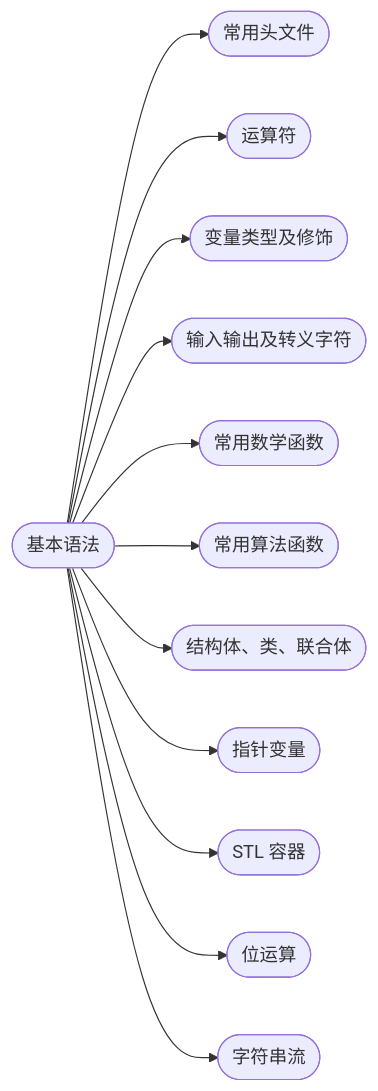
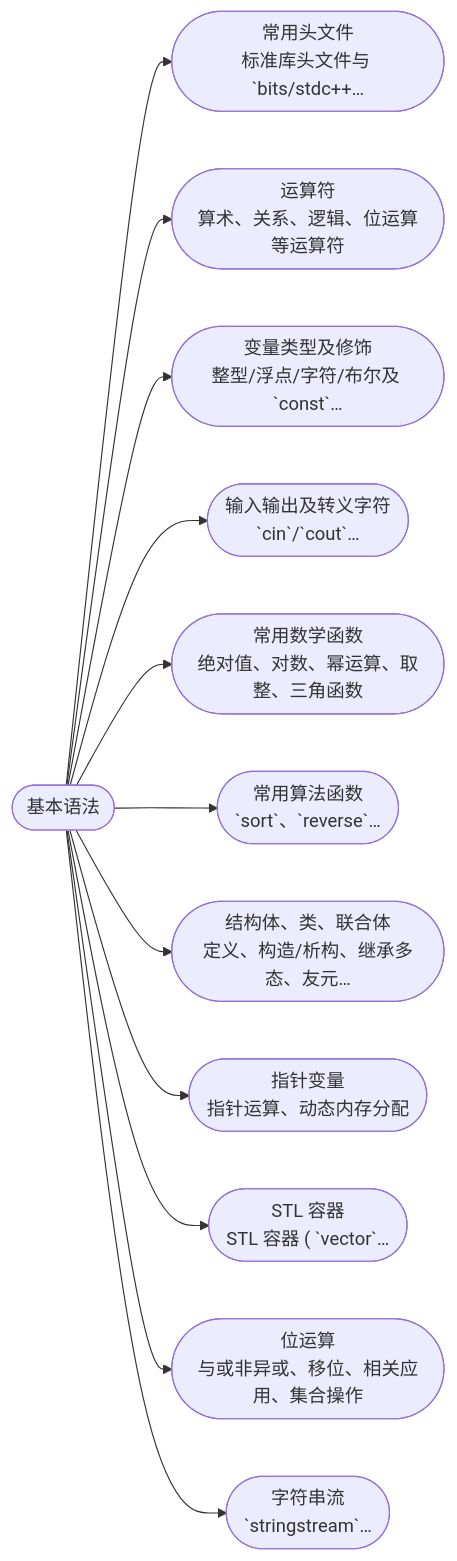
The diagram in 1-基本语法/index.md (cuberxl/Coders-Note), drawn with Mermaid before and after one commit. The commit also changed 16 other files, not shown here.

````diff
--- a/1-基本语法/index.md
+++ b/1-基本语法/index.md
@@ -33,15 +33,15 @@
 ```mermaid
 flowchart LR
     R(["基本语法"])
-    R --> N1(["常用头文件"])
-    R --> N2(["运算符"])
-    R --> N3(["变量类型及修饰"])
-    R --> N4(["输入输出及转义字符"])
-    R --> N5(["常用数学函数"])
-    R --> N6(["常用算法函数"])
-    R --> N7(["结构体、类、联合体"])
-    R --> N8(["指针变量"])
-    R --> N9(["STL 容器"])
-    R --> N10(["位运算"])
-    R --> N11(["字符串流"])
+    R --> N1(["常用头文件<br/>标准库头文件与 `bits/stdc++…"])
+    R --> N2(["运算符<br/>算术、关系、逻辑、位运算等运算符"])
+    R --> N3(["变量类型及修饰<br/>整型/浮点/字符/布尔及 `const`…"])
+    R --> N4(["输入输出及转义字符<br/>`cin`/`cout`…"])
+    R --> N5(["常用数学函数<br/>绝对值、对数、幂运算、取整、三角函数"])
+    R --> N6(["常用算法函数<br/>`sort`、`reverse`…"])
+    R --> N7(["结构体、类、联合体<br/>定义、构造/析构、继承多态、友元…"])
+    R --> N8(["指针变量<br/>指针运算、动态内存分配"])
+    R --> N9(["STL 容器<br/>STL 容器 ( `vector`…"])
+    R --> N10(["位运算<br/>与或非异或、移位、相关应用、集合操作"])
+    R --> N11(["字符串流<br/>`stringstream`…"])
 ```
````
